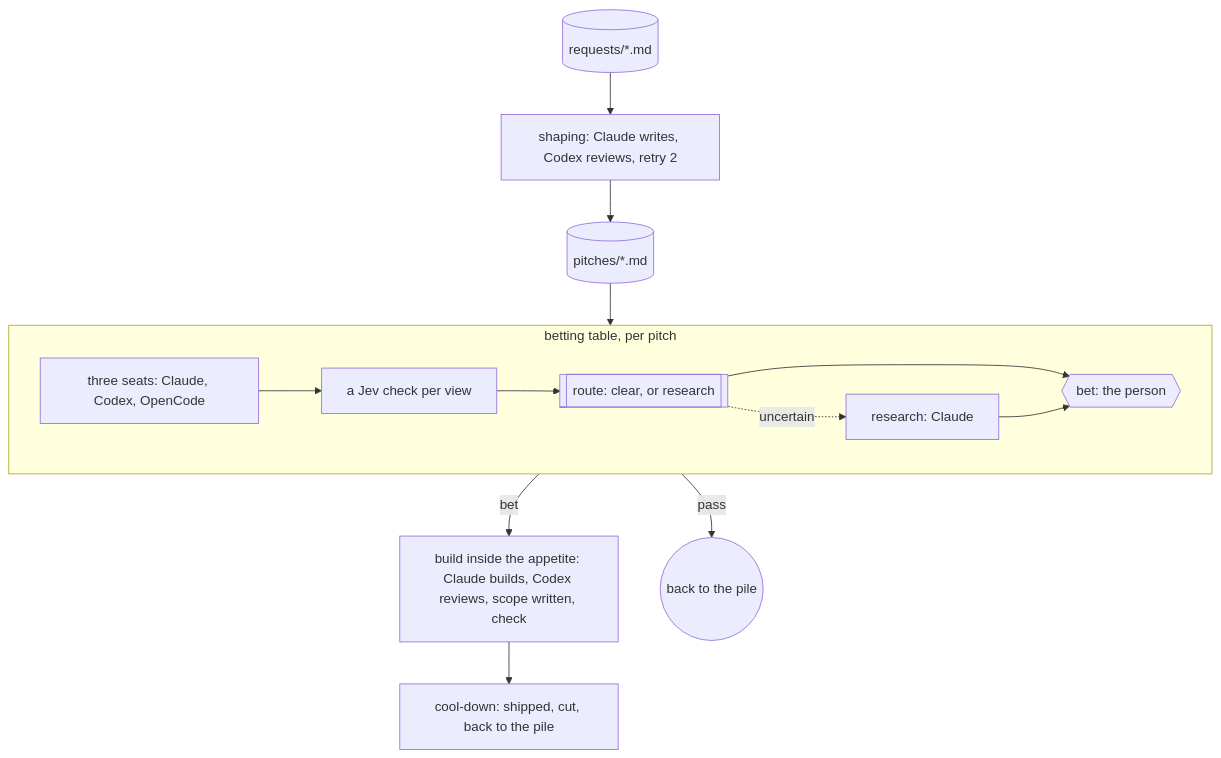
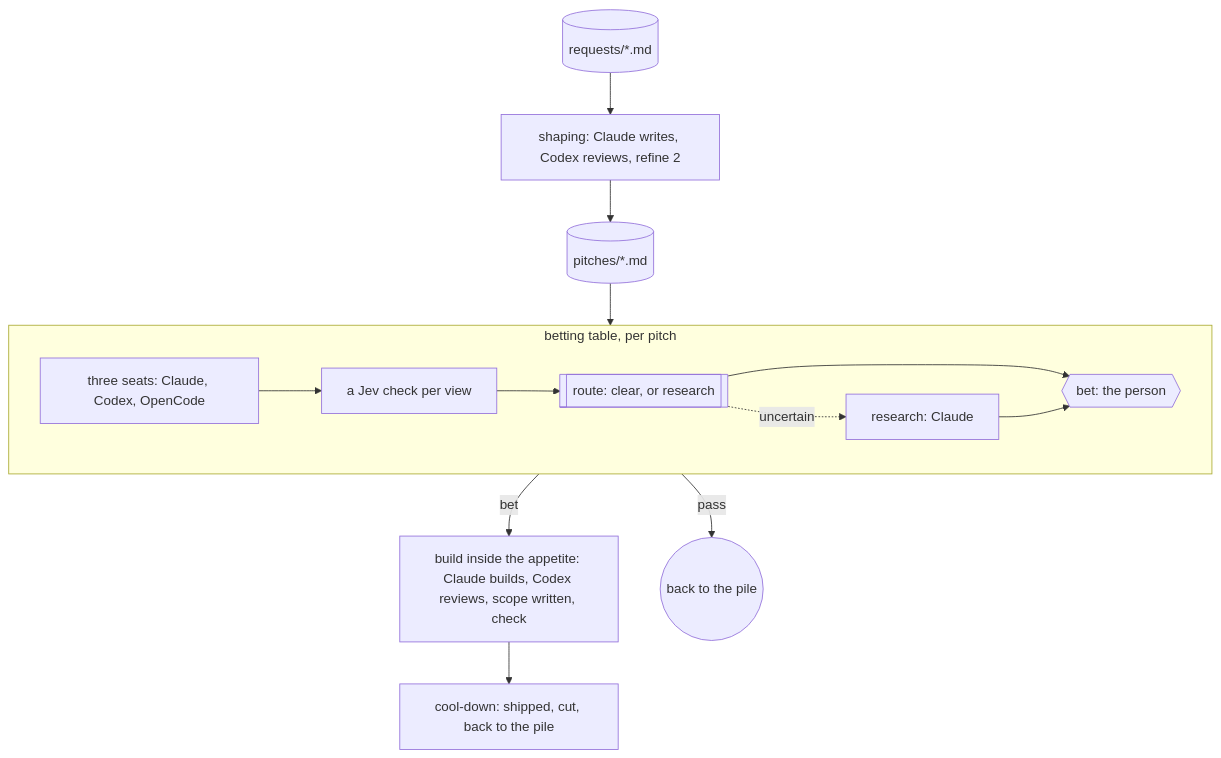
The diagram in docs/public/workflows/product/shape-up-cycle.mdx (jonny981/obversa), drawn with Mermaid before and after one commit. The commit also changed other lines of this file and 18 other files, not shown here.

````diff
--- a/docs/public/workflows/product/shape-up-cycle.mdx
+++ b/docs/public/workflows/product/shape-up-cycle.mdx
@@ -874,17 +874,17 @@
 ```mermaid
 flowchart TD
-  requests[("requests/*.md")] --> shaping["shaping: Claude writes, Codex reviews, retry 2"]
+  requests[("requests/*.md")] --> shaping["shaping: Claude writes, Codex reviews, refine 2"]
   shaping --> pitches[("pitches/*.md")]
   pitches --> table
   subgraph table ["betting table, per pitch"]
     direction LR
     seats["three seats: Claude, Codex, OpenCode"] --> checks["a Jev check per view"]
     checks --> route[["route: clear, or research"]]
     route -.->|uncertain| research["research: Claude"]
     route --> bet{{"bet: the person"}}
     research --> bet
   end
   bet -->|"bet"| build["build inside the appetite: Claude builds, Codex reviews, scope written, check"]
   bet -->|"pass"| pile((back to the pile))
   build --> cooldown["cool-down: shipped, cut, back to the pile"]
 ```
````
